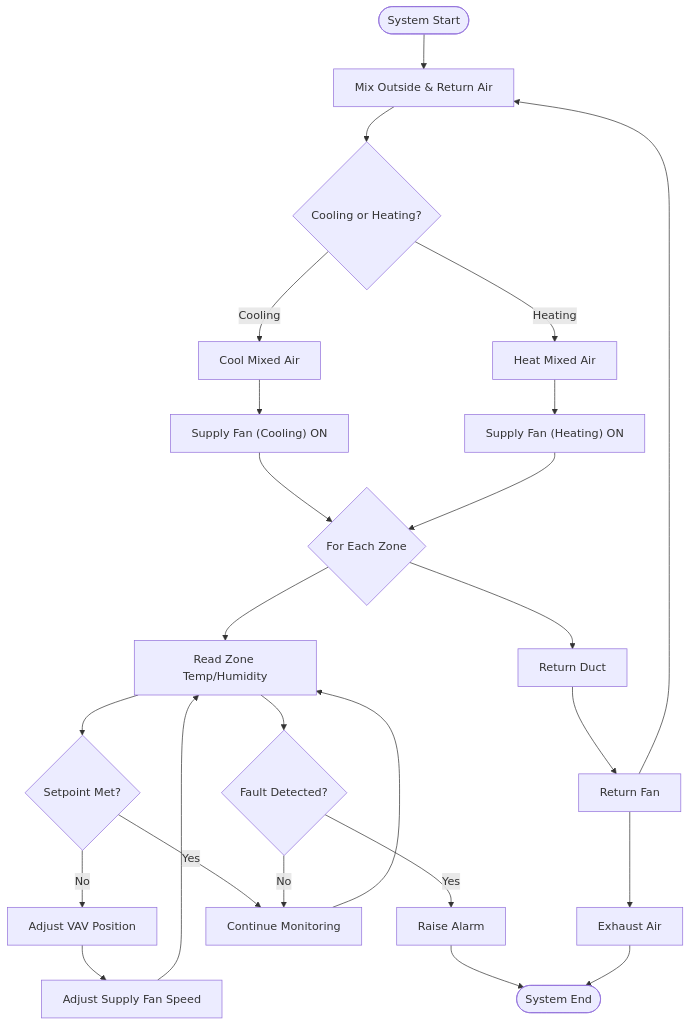
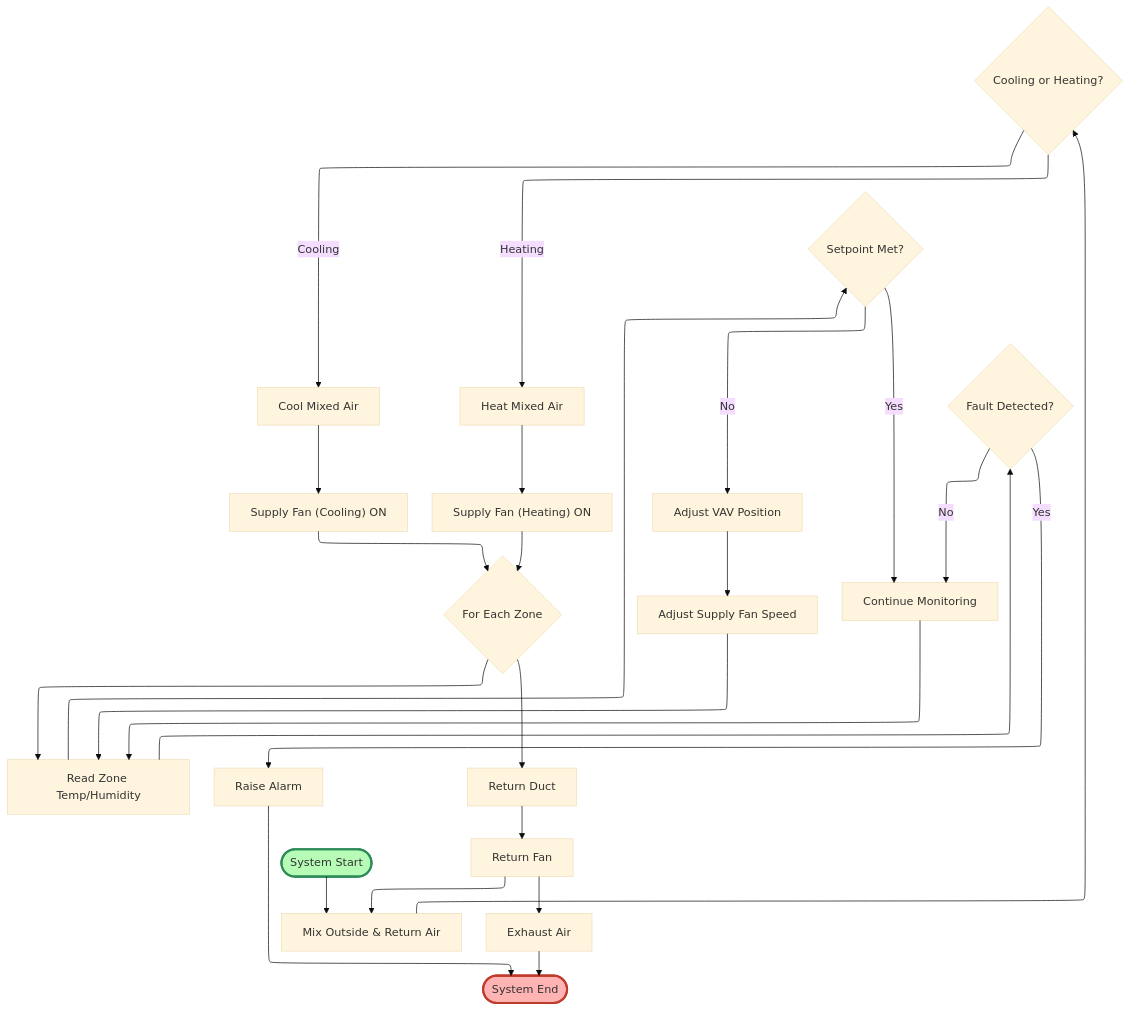
One commit to snackmasta/HVAC changed the second of 7 diagrams in docs/report/hvac-04-model.md. Above: the diagram before and after it, drawn with Mermaid. The commit also changed 40 other files, not shown here.

````diff
--- a/docs/report/hvac-04-model.md
+++ b/docs/report/hvac-04-model.md
@@ -112,36 +112,43 @@
 ```mermaid
+---
+config:
+  layout: elk
+  theme: base
+---
 flowchart TD
+    style Start fill:#b6fcb6,stroke:#2e8b57,stroke-width:3px
+    style End fill:#ffb3b3,stroke:#c0392b,stroke-width:3px
     Start([System Start])
     Mixing["Mix Outside & Return Air"]
     ModeSelect{Cooling or Heating?}
     CC["Cool Mixed Air"]
     SF_Cool["Supply Fan (Cooling) ON"]
     HC["Heat Mixed Air"]
     SF_Heat["Supply Fan (Heating) ON"]
     ForEachZone{For Each Zone}
     VAVCheck["Read Zone Temp/Humidity"]
     SetpointCheck{Setpoint Met?}
     VAVAdjust["Adjust VAV Position"]
     FanAdjust["Adjust Supply Fan Speed"]
     FaultCheck{Fault Detected?}
     Alarm["Raise Alarm"]
     Continue["Continue Monitoring"]
     RD["Return Duct"]
     RF["Return Fan"]
     EA["Exhaust Air"]
     End([System End])
 
     Start --> Mixing --> ModeSelect
     ModeSelect -- Cooling --> CC --> SF_Cool --> ForEachZone
     ModeSelect -- Heating --> HC --> SF_Heat --> ForEachZone
     ForEachZone --> VAVCheck --> SetpointCheck
     SetpointCheck -- No --> VAVAdjust --> FanAdjust --> VAVCheck
     SetpointCheck -- Yes --> Continue --> VAVCheck
     VAVCheck --> FaultCheck
     FaultCheck -- Yes --> Alarm --> End
     FaultCheck -- No --> Continue
     ForEachZone --> RD
     RD --> RF --> EA
     RF --> Mixing
     EA --> End
 ```
````
